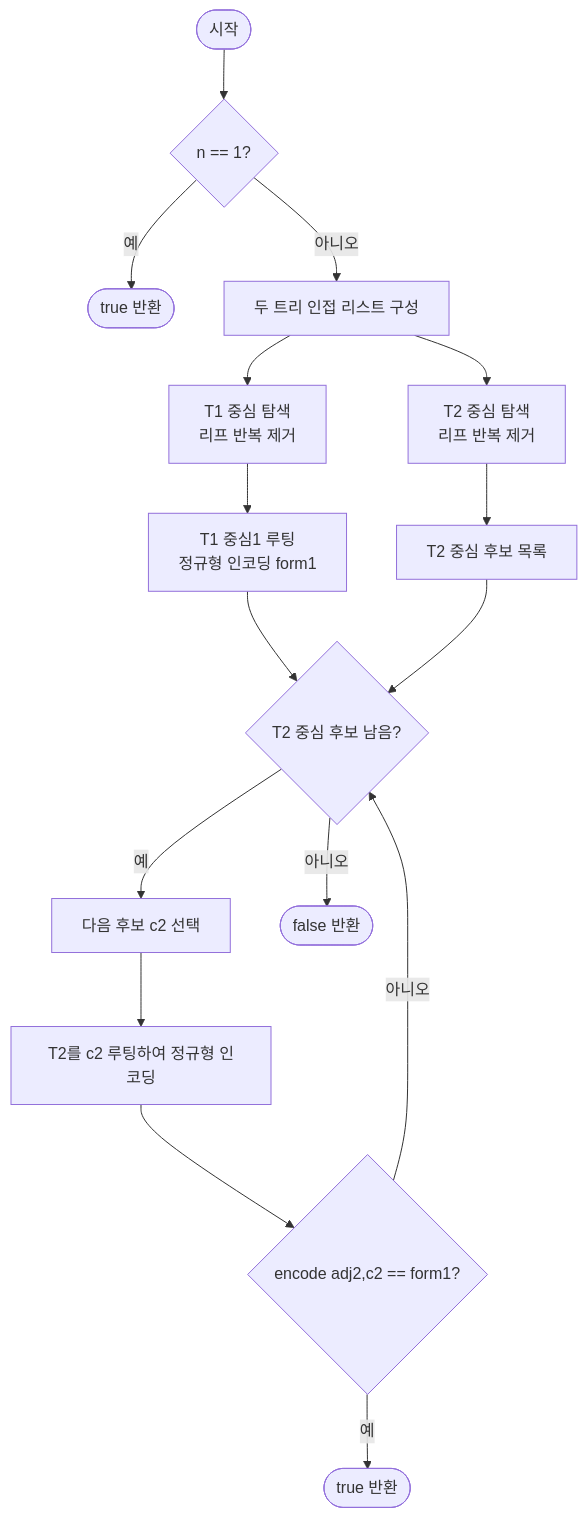
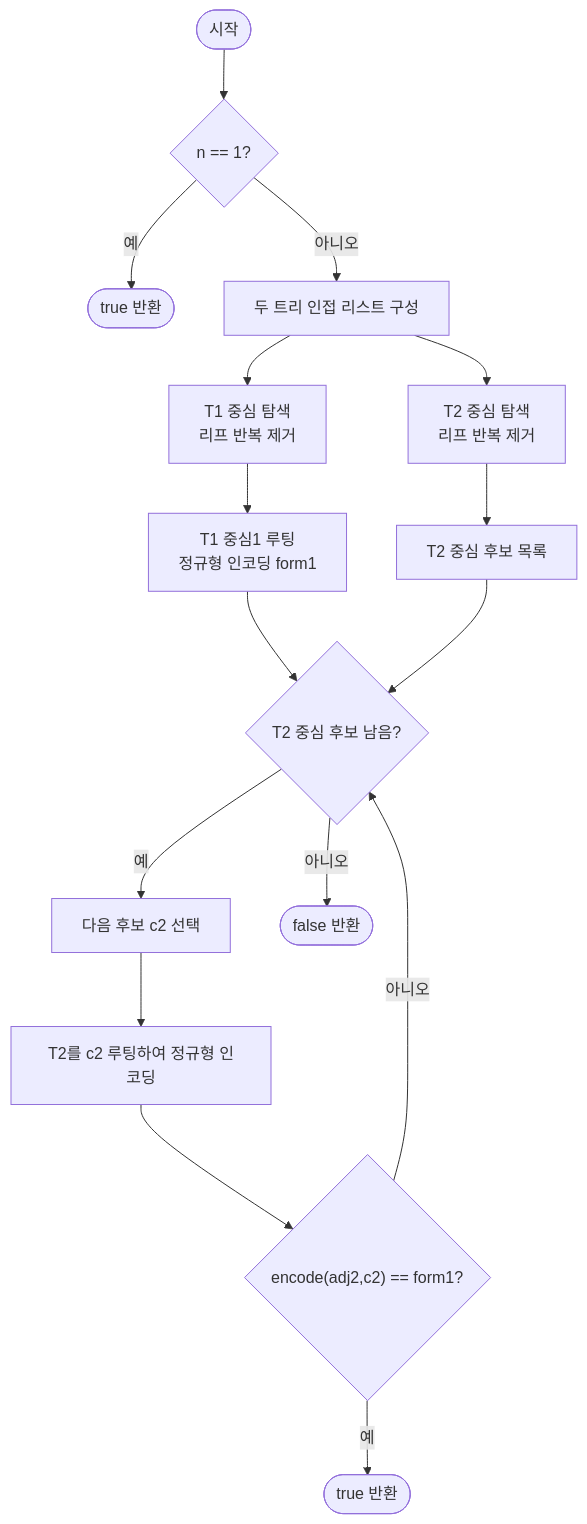
The diagram in src/algorithms/tree/treeIsomorphism/treeIsomorphism-guide.mdx (centurio1987/grow-up-programming), drawn with Mermaid before and after one commit. The commit also changed other lines of this file and 18 other files, not shown here.

````diff
--- a/src/algorithms/tree/treeIsomorphism/treeIsomorphism-guide.mdx
+++ b/src/algorithms/tree/treeIsomorphism/treeIsomorphism-guide.mdx
@@ -369,18 +465,18 @@
 ```mermaid
 flowchart TD
-    A([시작]) --> B{n == 1?}
+    A([시작]) --> B{"n == 1?"}
     B -- 예 --> C([true 반환])
-    B -- 아니오 --> D[두 트리 인접 리스트 구성]
-    D --> E1[T1 중심 탐색\n리프 반복 제거]
-    D --> E2[T2 중심 탐색\n리프 반복 제거]
-    E1 --> F[T1 중심1 루팅\n정규형 인코딩 form1]
-    E2 --> G[T2 중심 후보 목록]
-    F --> H{T2 중심 후보 남음?}
+    B -- 아니오 --> D["두 트리 인접 리스트 구성"]
+    D --> E1["T1 중심 탐색<br/>리프 반복 제거"]
+    D --> E2["T2 중심 탐색<br/>리프 반복 제거"]
+    E1 --> F["T1 중심1 루팅<br/>정규형 인코딩 form1"]
+    E2 --> G["T2 중심 후보 목록"]
+    F --> H{"T2 중심 후보 남음?"}
     G --> H
-    H -- 예 --> I[다음 후보 c2 선택]
-    I --> J[T2를 c2 루팅하여 정규형 인코딩]
-    J --> K{encode adj2,c2 == form1?}
+    H -- 예 --> I["다음 후보 c2 선택"]
+    I --> J["T2를 c2 루팅하여 정규형 인코딩"]
+    J --> K{"encode(adj2,c2) == form1?"}
     K -- 예 --> L([true 반환])
     K -- 아니오 --> H
     H -- 아니오 --> M([false 반환])
 ```
````
